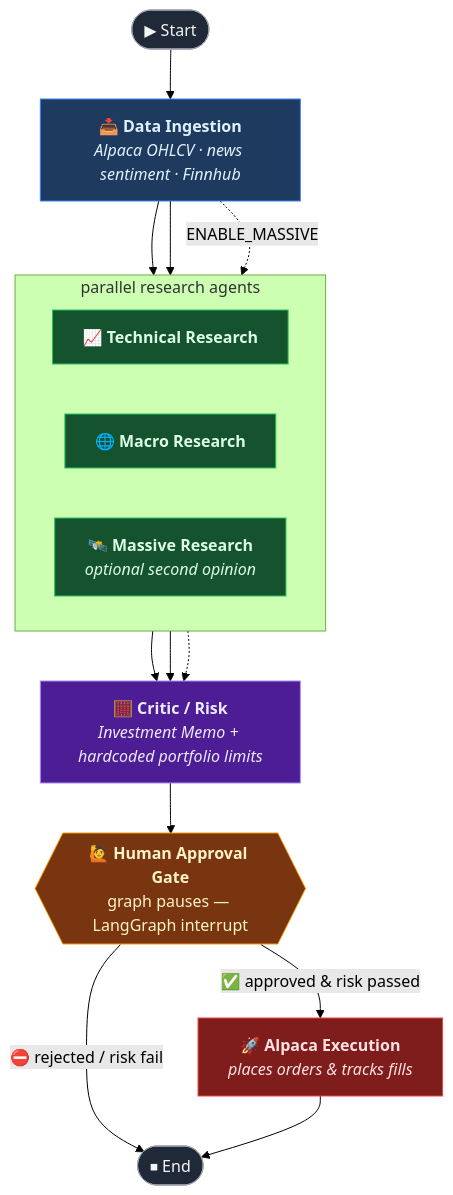
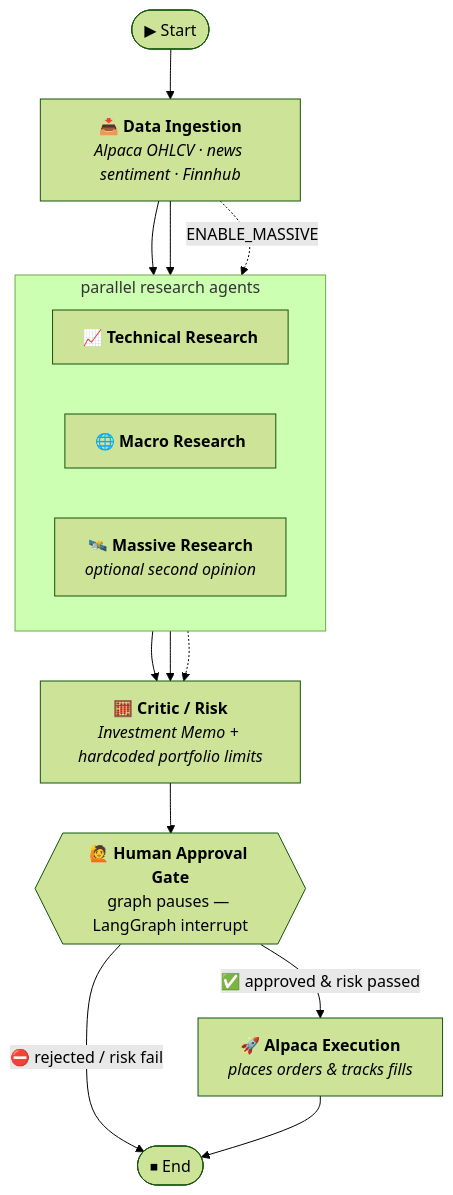
One commit to imIsmaelHdz/Burry changed the diagram in README.md. Above: the diagram before and after it, drawn with Mermaid (forest theme).

Commit message:
Drop color styling from README pipeline diagram
Keep the Mermaid diagram minimalist: remove classDef/class color rules,
relying on Mermaid's default theme. Structure, icons, research subgraph,
optional Massive branch, and labeled edges are unchanged.

````diff
--- a/README.md
+++ b/README.md
@@ -9,42 +9,28 @@
 ```mermaid
 flowchart TD
     START([▶ Start]) --> ING
 
     ING["📥 <b>Data Ingestion</b><br/><i>Alpaca OHLCV · news sentiment · Finnhub</i>"]
 
     ING --> TECH["📈 <b>Technical Research</b>"]
     ING --> MACRO["🌐 <b>Macro Research</b>"]
     ING -. "ENABLE_MASSIVE" .-> MASSIVE["🛰️ <b>Massive Research</b><br/><i>optional second opinion</i>"]
 
     TECH --> CRITIC
     MACRO --> CRITIC
     MASSIVE -.-> CRITIC
 
     CRITIC["🧮 <b>Critic / Risk</b><br/><i>Investment Memo + hardcoded portfolio limits</i>"]
     CRITIC --> GATE{{"🙋 <b>Human Approval Gate</b><br/>graph pauses — LangGraph interrupt"}}
 
     GATE -- "✅ approved & risk passed" --> EXEC["🚀 <b>Alpaca Execution</b><br/><i>places orders &amp; tracks fills</i>"]
     GATE -- "⛔ rejected / risk fail" --> DONE
     EXEC --> DONE([⏹ End])
 
     subgraph RESEARCH [" parallel research agents "]
         direction LR
         TECH
         MACRO
         MASSIVE
     end
-
-    classDef ingest   fill:#1e3a5f,stroke:#3b82f6,color:#e0f2fe;
-    classDef research fill:#14532d,stroke:#22c55e,color:#dcfce7;
-    classDef critic   fill:#4c1d95,stroke:#a78bfa,color:#ede9fe;
-    classDef gate     fill:#78350f,stroke:#f59e0b,color:#fef3c7;
-    classDef exec     fill:#7f1d1d,stroke:#ef4444,color:#fee2e2;
-    classDef terminal fill:#1f2937,stroke:#9ca3af,color:#f3f4f6;
-
-    class ING ingest;
-    class TECH,MACRO,MASSIVE research;
-    class CRITIC critic;
-    class GATE gate;
-    class EXEC exec;
-    class START,DONE terminal;
 ```
````
